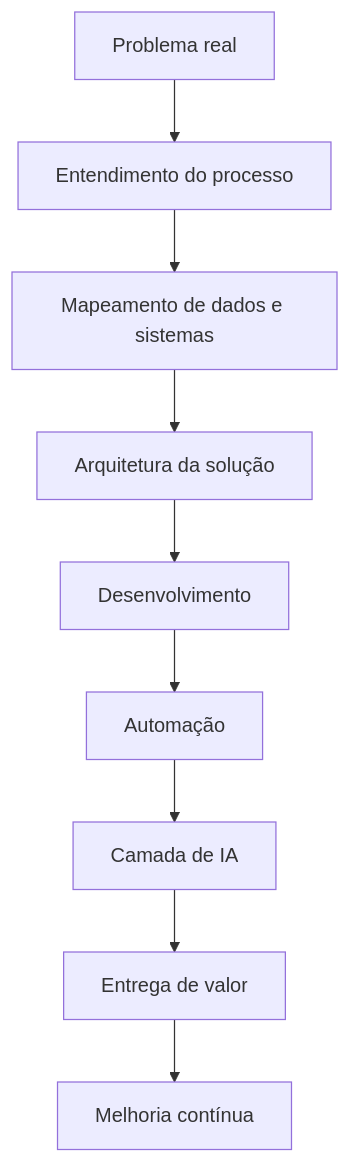
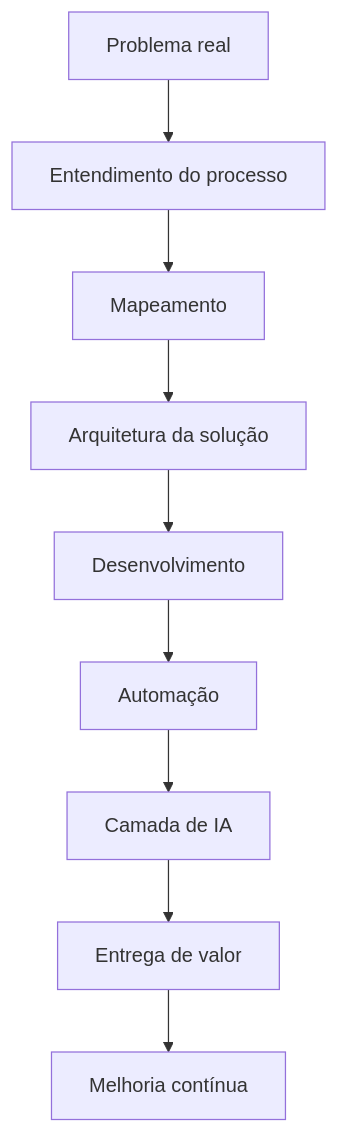
Before and after one commit to SBRC-Code/SBRC-Code: the diagram in README.md, drawn with Mermaid. The commit also changed other lines of this file, not shown here.

First line of the commit message:
Modify flowchart and remove GitHub stats

````diff
--- a/README.md
+++ b/README.md
@@ -159,11 +159,11 @@
 ```mermaid id="qny02j"
 flowchart TD
     A[Problema real] --> B[Entendimento do processo]
-    B --> C[Mapeamento de dados e sistemas]
+    B --> C[Mapeamento]
     C --> D[Arquitetura da solução]
     D --> E[Desenvolvimento]
     E --> F[Automação]
     F --> G[Camada de IA]
     G --> H[Entrega de valor]
     H --> I[Melhoria contínua]
 ```
````
